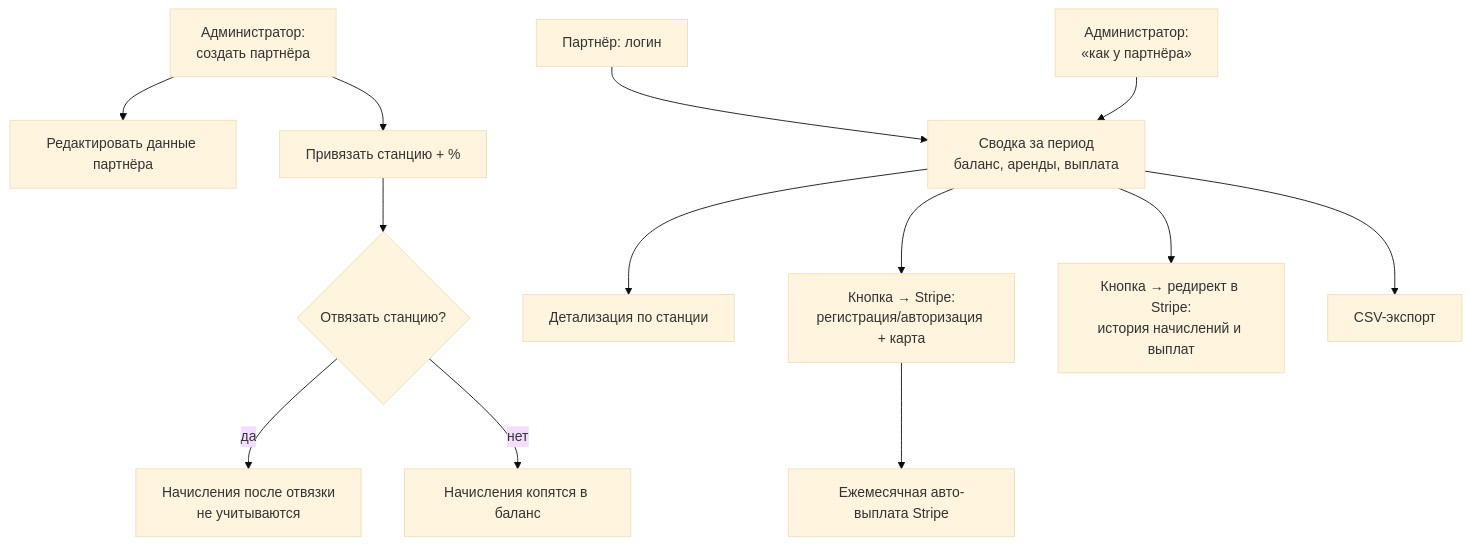
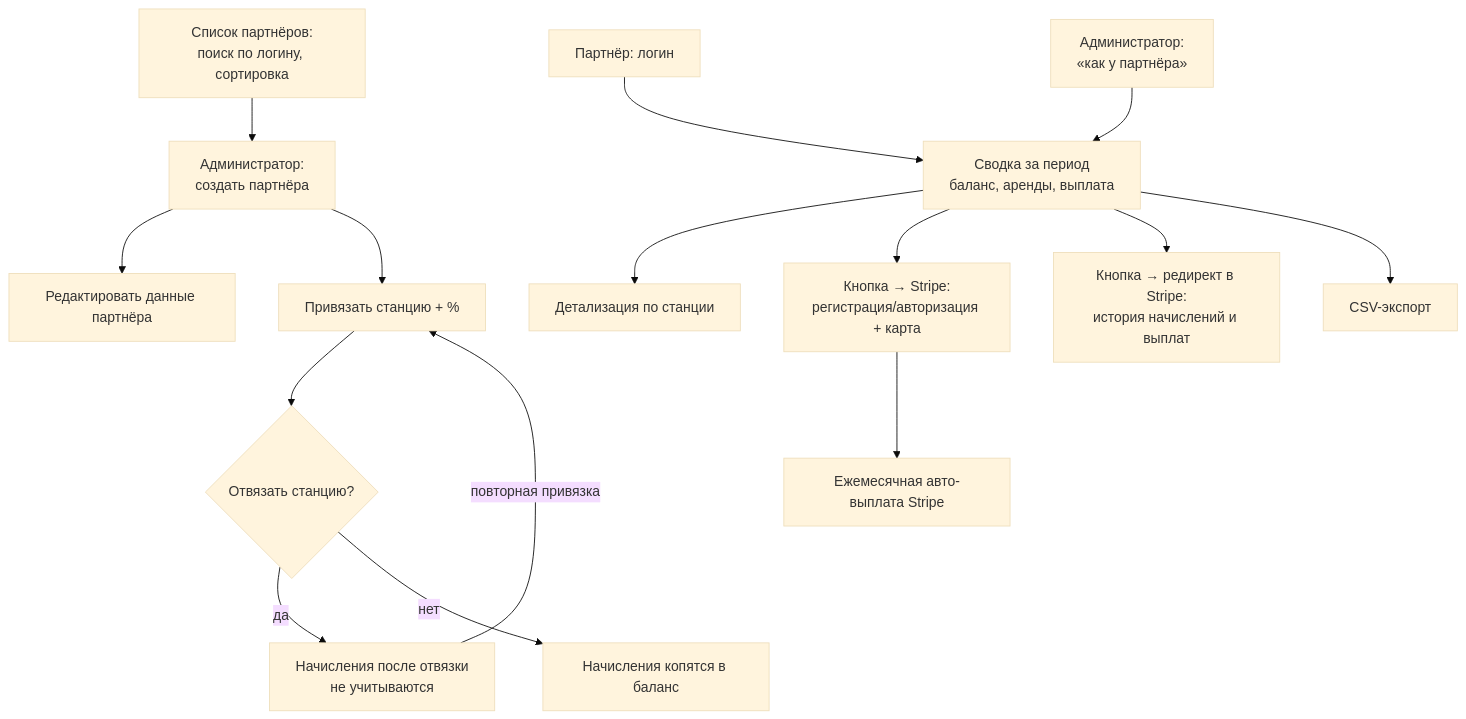
The first of 2 diagrams in gozap-documentation/sa/docs/partners/partner-program/diagrams/overview.md (yatsin11-gif/example), drawn with Mermaid (base theme) before and after one commit. The commit also changed 7 other files, not shown here.

````diff
--- a/gozap-documentation/sa/docs/partners/partner-program/diagrams/overview.md
+++ b/gozap-documentation/sa/docs/partners/partner-program/diagrams/overview.md
@@ -7,15 +7,17 @@
 ```mermaid
 flowchart TD
-    A1[Администратор:<br/>создать партнёра] --> A1B[Редактировать данные партнёра]
+    A0[Список партнёров:<br/>поиск по логину, сортировка] --> A1[Администратор:<br/>создать партнёра]
+    A1 --> A1B[Редактировать данные партнёра]
     A1 --> A2[Привязать станцию + %]
     A2 --> A3{Отвязать станцию?}
     A3 -->|да| A4[Начисления после отвязки<br/>не учитываются]
     A3 -->|нет| A5[Начисления копятся в баланс]
+    A4 -->|повторная привязка| A2
     P1[Партнёр: логин] --> P2[Сводка за период<br/>баланс, аренды, выплата]
     P2 --> P3[Детализация по станции]
     P2 --> P4[Кнопка → Stripe:<br/>регистрация/авторизация + карта]
     P4 --> P5[Ежемесячная авто-выплата Stripe]
     P2 --> P7[Кнопка → редирект в Stripe:<br/>история начислений и выплат]
     P2 --> P6[CSV-экспорт]
     A6[Администратор:<br/>«как у партнёра»] --> P2
 ```
````
